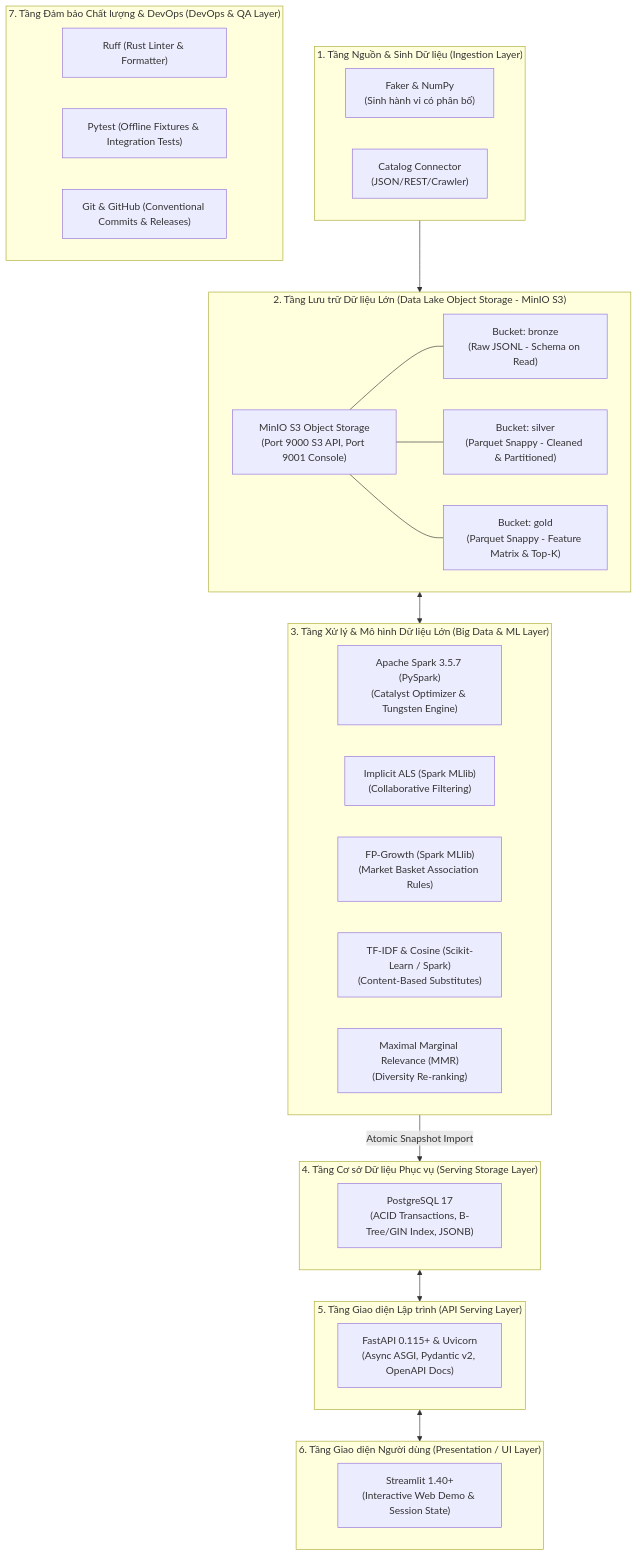
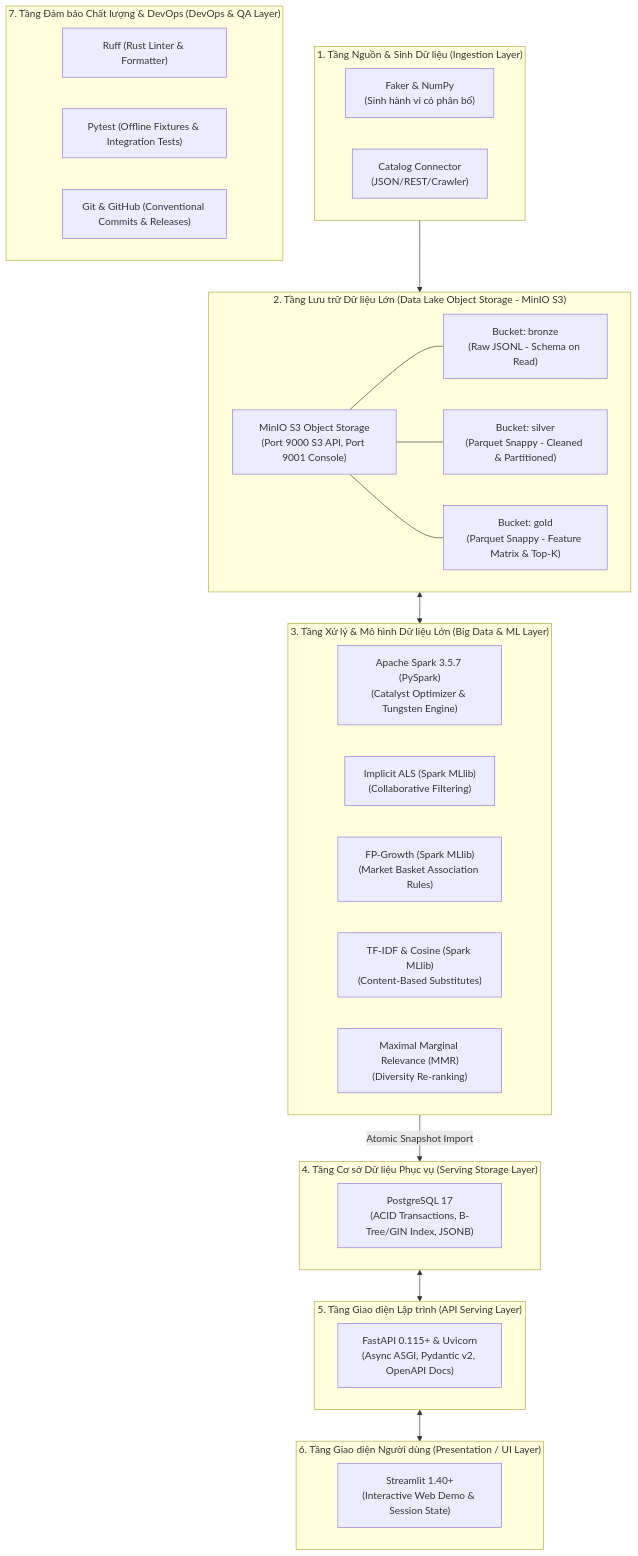
Before and after one commit to ndthanhh/big-data-product-recommender: the diagram in docs/TECH_STACK.md, drawn with Mermaid. The commit also changed 23 other files, not shown here.

````diff
--- a/docs/TECH_STACK.md
+++ b/docs/TECH_STACK.md
@@ -10,49 +10,49 @@
 ```mermaid
 flowchart TB
     subgraph Layer1["1. Tầng Nguồn & Sinh Dữ liệu (Ingestion Layer)"]
         Faker["Faker & NumPy<br>(Sinh hành vi có phân bố)"]
         CatalogCrawler["Catalog Connector<br>(JSON/REST/Crawler)"]
     end
 
     subgraph Layer2["2. Tầng Lưu trữ Dữ liệu Lớn (Data Lake Object Storage - MinIO S3)"]
         MinIO["MinIO S3 Object Storage<br>(Port 9000 S3 API, Port 9001 Console)"]
         Bronze["Bucket: bronze<br>(Raw JSONL - Schema on Read)"]
         Silver["Bucket: silver<br>(Parquet Snappy - Cleaned & Partitioned)"]
         Gold["Bucket: gold<br>(Parquet Snappy - Feature Matrix & Top-K)"]
         MinIO --- Bronze
         MinIO --- Silver
         MinIO --- Gold
     end
 
     subgraph Layer3["3. Tầng Xử lý & Mô hình Dữ liệu Lớn (Big Data & ML Layer)"]
         PySpark["Apache Spark 3.5.7 (PySpark)<br>(Catalyst Optimizer & Tungsten Engine)"]
         ALS["Implicit ALS (Spark MLlib)<br>(Collaborative Filtering)"]
         FPGrowth["FP-Growth (Spark MLlib)<br>(Market Basket Association Rules)"]
-        TFIDF["TF-IDF & Cosine (Scikit-Learn / Spark)<br>(Content-Based Substitutes)"]
+        TFIDF["TF-IDF & Cosine (Spark MLlib)<br>(Content-Based Substitutes)"]
         MMR["Maximal Marginal Relevance (MMR)<br>(Diversity Re-ranking)"]
     end
 
     subgraph Layer4["4. Tầng Cơ sở Dữ liệu Phục vụ (Serving Storage Layer)"]
         Postgres["PostgreSQL 17<br>(ACID Transactions, B-Tree/GIN Index, JSONB)"]
     end
 
     subgraph Layer5["5. Tầng Giao diện Lập trình (API Serving Layer)"]
         FastAPI["FastAPI 0.115+ & Uvicorn<br>(Async ASGI, Pydantic v2, OpenAPI Docs)"]
     end
 
     subgraph Layer6["6. Tầng Giao diện Người dùng (Presentation / UI Layer)"]
         Streamlit["Streamlit 1.40+<br>(Interactive Web Demo & Session State)"]
     end
 
     subgraph Layer7["7. Tầng Đảm bảo Chất lượng & DevOps (DevOps & QA Layer)"]
         Ruff["Ruff (Rust Linter & Formatter)"]
         Pytest["Pytest (Offline Fixtures & Integration Tests)"]
         Git["Git & GitHub (Conventional Commits & Releases)"]
     end
 
     Layer1 --> Layer2
     Layer2 <--> Layer3
     Layer3 -->|Atomic Snapshot Import| Layer4
     Layer4 <--> Layer5
     Layer5 <--> Layer6
 ```
````
